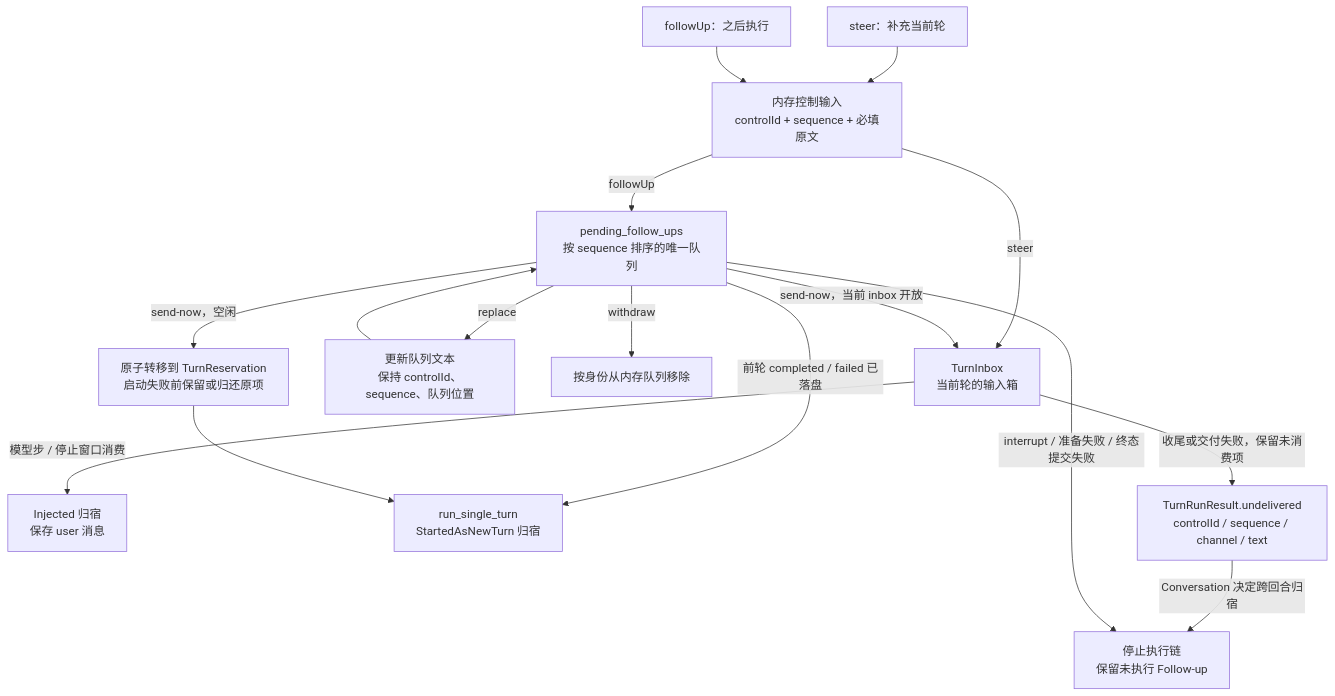
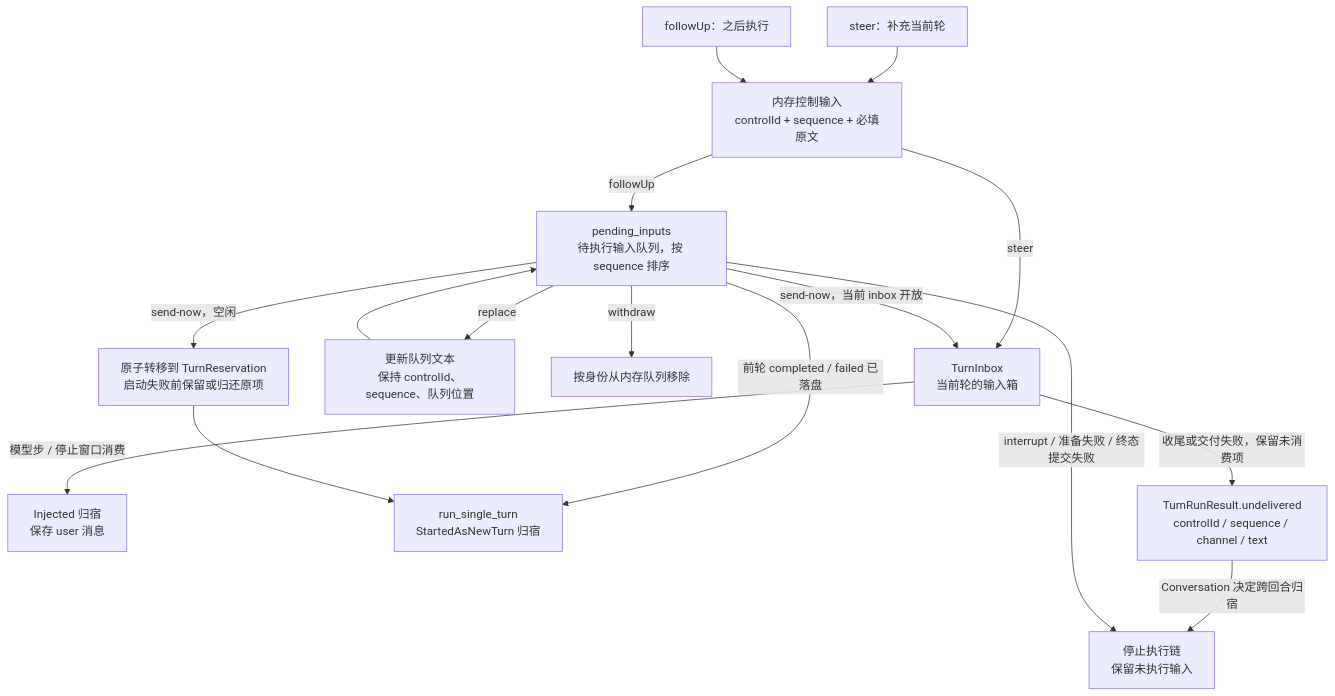
Before and after one commit to qjcnmd/singularity-agent: diagram 16 of 29 in docs/singularity.md, drawn with Mermaid. The commit also changed other lines of this file and 1 other file, not shown here.

Commit message:
文档：同步工具执行、用量读数与配色/密度约定
工作台交互：标题不再设独立横条，正文行高与段间距、执行日志行距分层取值；输入框下方常显 token / TPS / 缓存命中率；配色改为中性灰白并去掉主内容区圆角外壳。

架构图谱：同步工具执行与截断、会话用量聚合的现状描述。

````diff
--- a/docs/singularity.md
+++ b/docs/singularity.md
@@ -429,18 +429,18 @@
 ```mermaid
 flowchart TB
     Steer["steer：补充当前轮"] --> Accepted["内存控制输入<br/>controlId + sequence + 必填原文"]
     Follow["followUp：之后执行"] --> Accepted
     Accepted -->|"steer"| Inbox["TurnInbox<br/>当前轮的输入箱"]
-    Accepted -->|"followUp"| Queue["pending_follow_ups<br/>按 sequence 排序的唯一队列"]
+    Accepted -->|"followUp"| Queue["pending_inputs<br/>待执行输入队列，按 sequence 排序"]
     Inbox -->|"模型步 / 停止窗口消费"| Injected["Injected 归宿<br/>保存 user 消息"]
     Queue -->|"replace"| Replaced["更新队列文本<br/>保持 controlId、sequence、队列位置"]
     Replaced --> Queue
     Queue -->|"withdraw"| Withdrawn["按身份从内存队列移除"]
     Queue -->|"send-now，当前 inbox 开放"| Inbox
     Queue -->|"send-now，空闲"| Reserve["原子转移到 TurnReservation<br/>启动失败前保留或归还原项"]
     Queue -->|"前轮 completed / failed 已落盘"| Next["run_single_turn<br/>StartedAsNewTurn 归宿"]
     Reserve --> Next
     Inbox -->|"收尾或交付失败，保留未消费项"| Handoff["TurnRunResult.undelivered<br/>controlId / sequence / channel / text"]
     Handoff -->|"Conversation 决定跨回合归宿"| Retain
-    Queue -->|"interrupt / 准备失败 / 终态提交失败"| Retain["停止执行链<br/>保留未执行 Follow-up"]
+    Queue -->|"interrupt / 准备失败 / 终态提交失败"| Retain["停止执行链<br/>保留未执行输入"]
 ```
````
